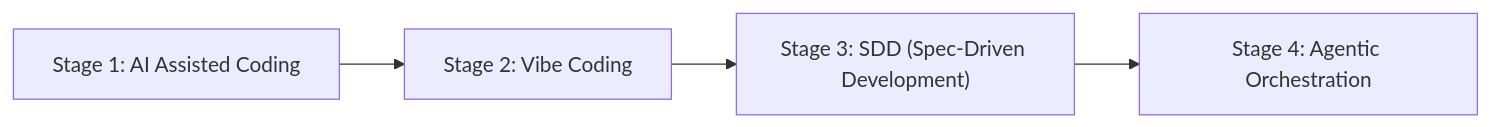
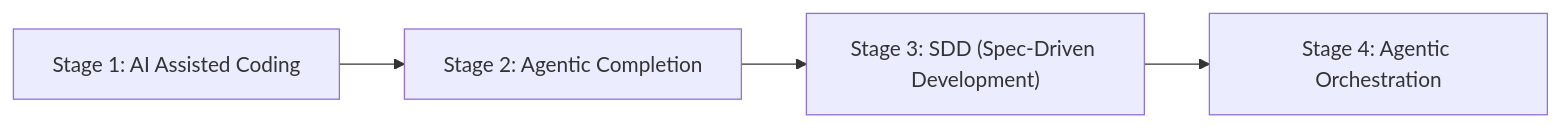
Before and after one commit to nearform/aine-ref-arch: the third of 3 diagrams in README.md, drawn with Mermaid. The commit also changed other lines of this file, not shown here.

````diff
--- a/README.md
+++ b/README.md
@@ -189,8 +180,8 @@
 ```mermaid
 flowchart LR
   A1["Stage 1: AI Assisted Coding"]
-  A2["Stage 2: Vibe Coding"]
+  A2["Stage 2: Agentic Completion"]
   A3["Stage 3: SDD (Spec-Driven Development)"]
   A4["Stage 4: Agentic Orchestration"]
   A1 --> A2 --> A3 --> A4
 ```
````
